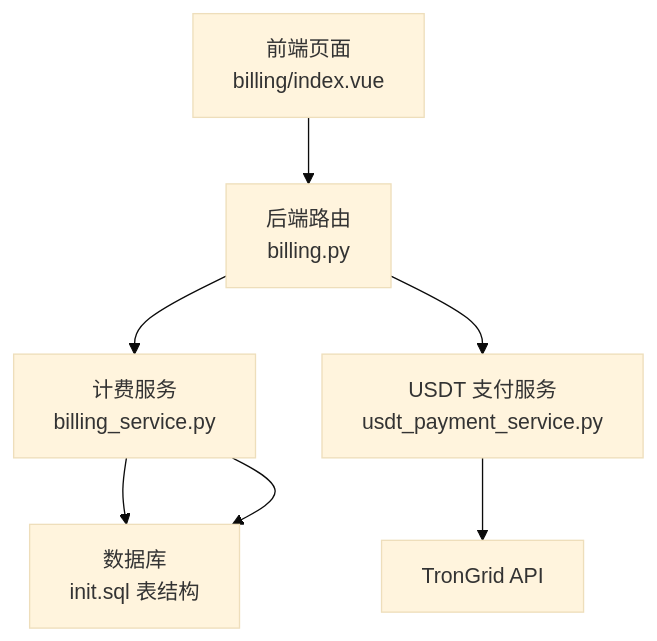
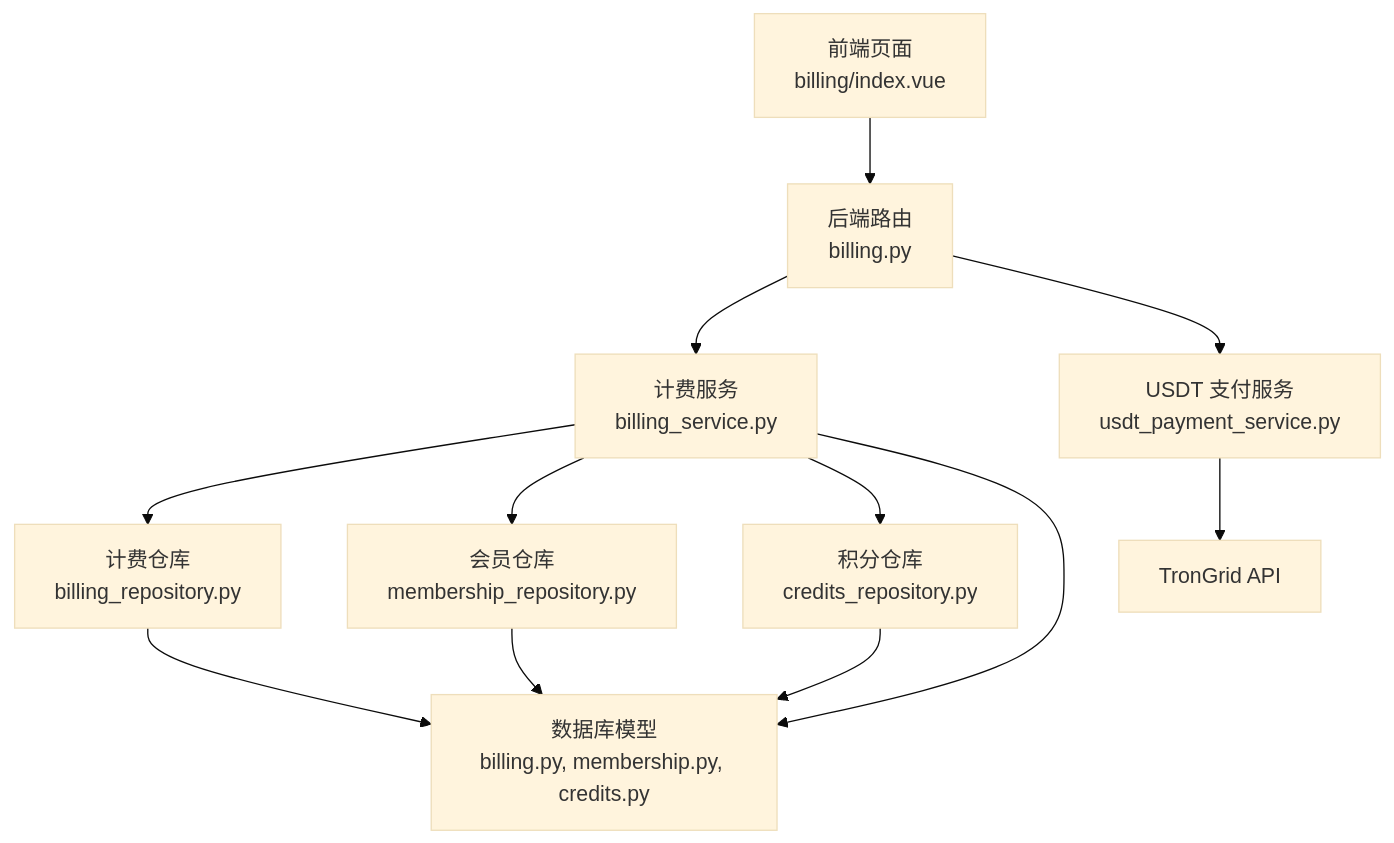
One commit to joezxh/QuantDinger changed the first of 7 diagrams in .qoder/repowiki/zh/content/核心功能模块/用户管理与商业化/计费订阅系统.md. Above: the diagram before and after it, drawn with Mermaid (base theme). The commit also changed other lines of this file and 548 other files, not shown here.

````diff
--- a/.qoder/repowiki/zh/content/核心功能模块/用户管理与商业化/计费订阅系统.md
+++ b/.qoder/repowiki/zh/content/核心功能模块/用户管理与商业化/计费订阅系统.md
@@ -41,9 +58,14 @@
 ```mermaid
 graph TB
 FE["前端页面<br/>billing/index.vue"] --> API["后端路由<br/>billing.py"]
 API --> BSvc["计费服务<br/>billing_service.py"]
 API --> USDT["USDT 支付服务<br/>usdt_payment_service.py"]
-BSvc --> DB["数据库<br/>init.sql 表结构"]
+BSvc --> BillingRepo["计费仓库<br/>billing_repository.py"]
+BSvc --> MembershipRepo["会员仓库<br/>membership_repository.py"]
+BSvc --> CreditsRepo["积分仓库<br/>credits_repository.py"]
+BillingRepo --> DB["数据库模型<br/>billing.py, membership.py, credits.py"]
+MembershipRepo --> DB
+CreditsRepo --> DB
 USDT --> TRONGRID["TronGrid API"]
 BSvc --> DB
 ```
````
